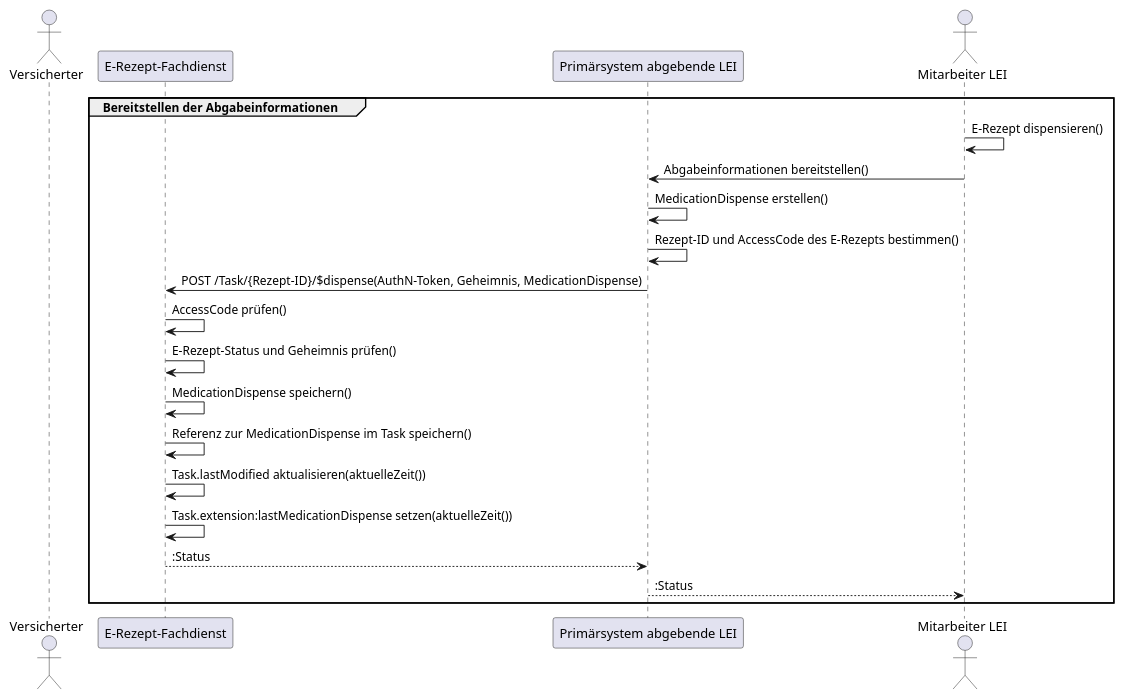
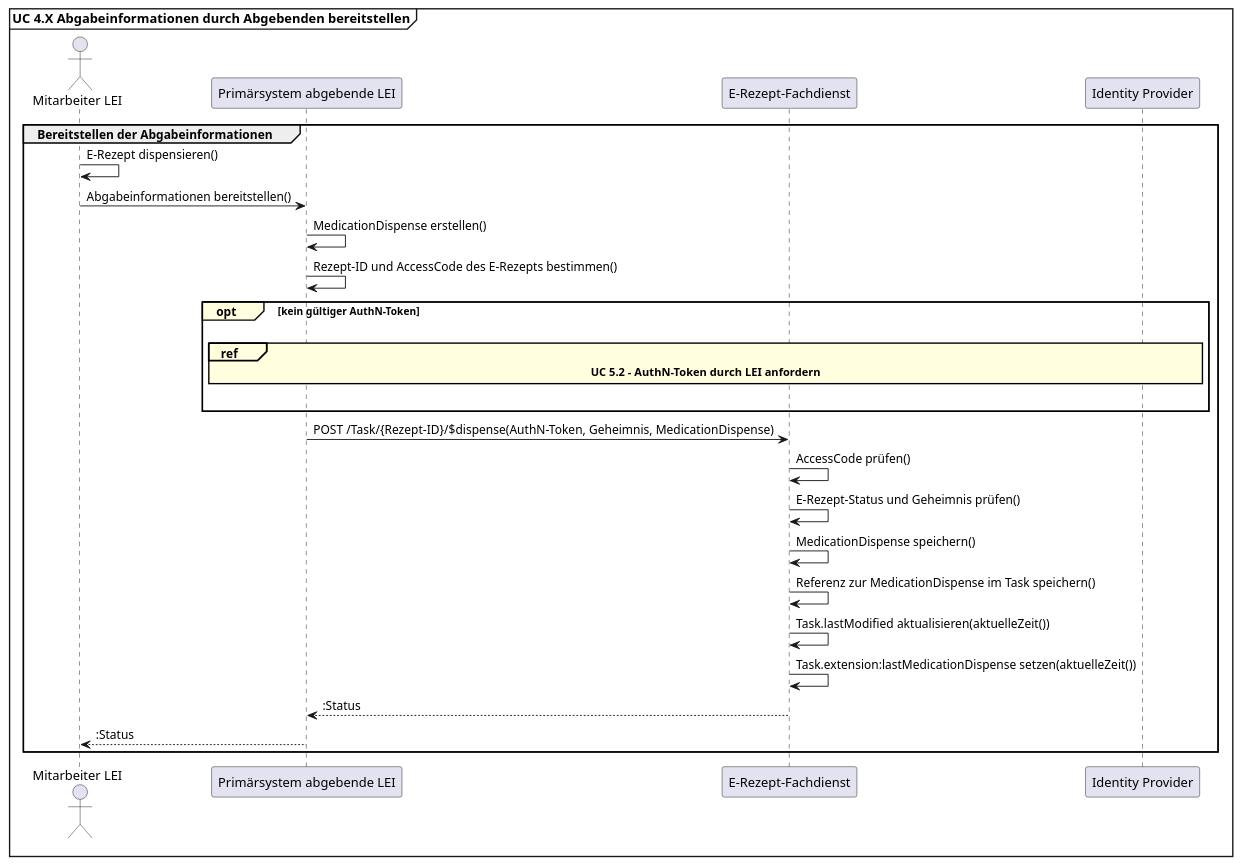
Before and after one commit to gematik/api-erp: the diagram in puml/uc_abgabeinformationen_bereitstellen.puml, drawn with PlantUML. The commit also changed 3 other files, not shown here.

```diff
--- a/puml/uc_abgabeinformationen_bereitstellen.puml
+++ b/puml/uc_abgabeinformationen_bereitstellen.puml
@@ -1,25 +1,33 @@
-@startuml Aktualisierte Abgabeinformationen
+@startuml Abgabeinformationen bereitstellen
+skinparam sequenceReferenceBackgroundColor LightYellow
+mainframe **UC 4.X Abgabeinformationen durch Abgebenden bereitstellen**
 
-actor Versicherter
+actor "Mitarbeiter LEI" as Apotheker
+participant "Primärsystem abgebende LEI" as AVS
 participant "E-Rezept-Fachdienst" as FD
-participant "Primärsystem abgebende LEI" as AVS
-actor "Mitarbeiter LEI" as Apotheker
+participant "Identity Provider" as IDP
+
 
 group Bereitstellen der Abgabeinformationen
 Apotheker -> Apotheker: E-Rezept dispensieren()
 Apotheker -> AVS: Abgabeinformationen bereitstellen()
 AVS -> AVS: MedicationDispense erstellen()
 AVS -> AVS: Rezept-ID und AccessCode des E-Rezepts bestimmen()
+opt#LightYellow kein gültiger AuthN-Token
+|||
+ref#LightYellow over FD, AVS, IDP: <b>UC 5.2 - AuthN-Token durch LEI anfordern</b>
+|||
+end
 AVS -> FD: POST /Task/{Rezept-ID}/$dispense(AuthN-Token, Geheimnis, MedicationDispense)
 
 FD -> FD: AccessCode prüfen()
 FD -> FD: E-Rezept-Status und Geheimnis prüfen()
 FD -> FD: MedicationDispense speichern()
 FD -> FD: Referenz zur MedicationDispense im Task speichern()
 FD -> FD: Task.lastModified aktualisieren(aktuelleZeit())
 FD -> FD: Task.extension:lastMedicationDispense setzen(aktuelleZeit())
 FD --> AVS: :Status
 AVS --> Apotheker: :Status
 end
 
 @enduml
```
